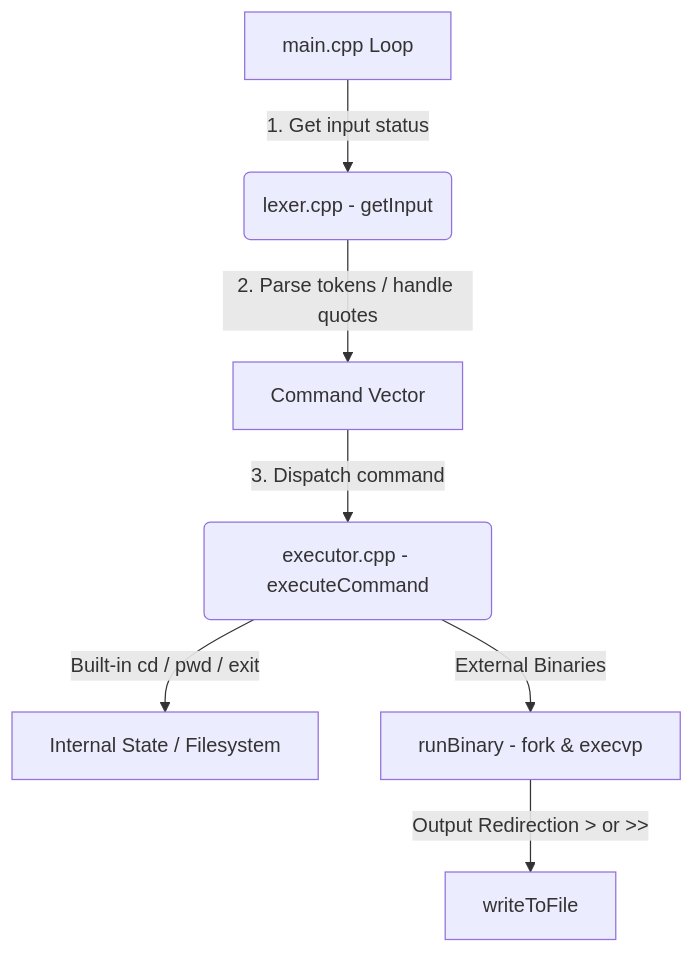
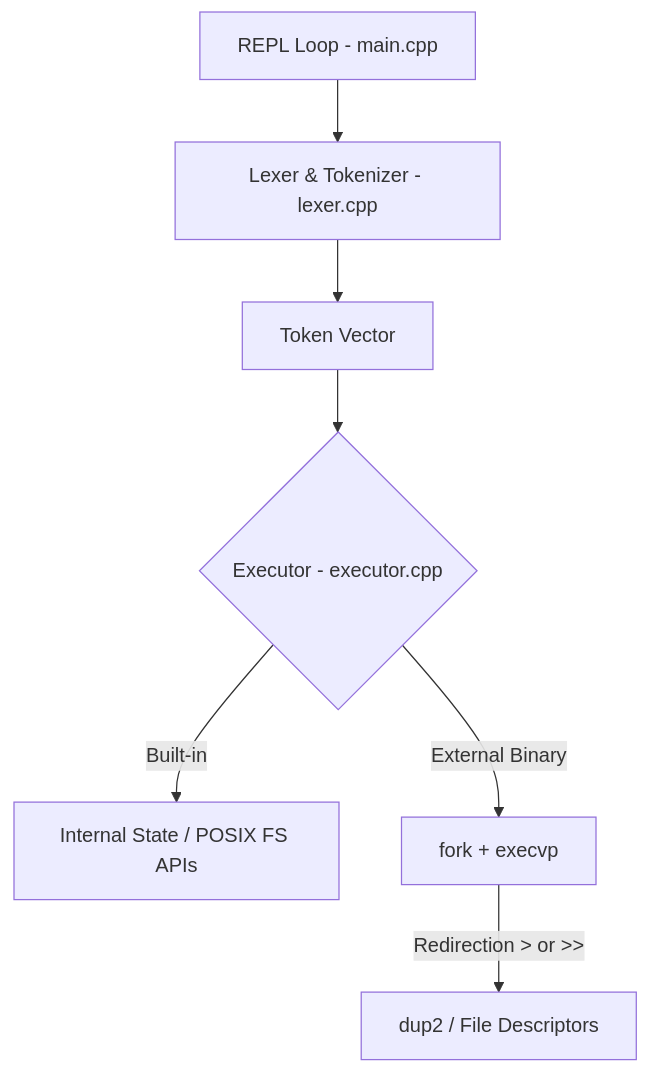
The diagram in README.md (Chetan-boi/ChSh), drawn with Mermaid before and after one commit. The commit also changed other lines of this file, not shown here.

````diff
--- a/README.md
+++ b/README.md
@@ -32,9 +24,9 @@
 ```mermaid
 graph TD
-    A[main.cpp Loop] -->|1. Get input status| B(lexer.cpp - getInput)
-    B -->|2. Parse tokens / handle quotes| C[Command Vector]
-    C -->|3. Dispatch command| D(executor.cpp - executeCommand)
-    D -->|Built-in cd / pwd / exit| E[Internal State / Filesystem]
-    D -->|External Binaries| F[runBinary - fork & execvp]
-    F -->|Output Redirection > or >>| G[writeToFile]
+    A[REPL Loop - main.cpp] --> B[Lexer & Tokenizer - lexer.cpp]
+    B --> C[Token Vector]
+    C --> D{Executor - executor.cpp}
+    D -->|Built-in| E[Internal State / POSIX FS APIs]
+    D -->|External Binary| F[fork + execvp]
+    F -->|Redirection > or >>| G[dup2 / File Descriptors]
 ```
````
